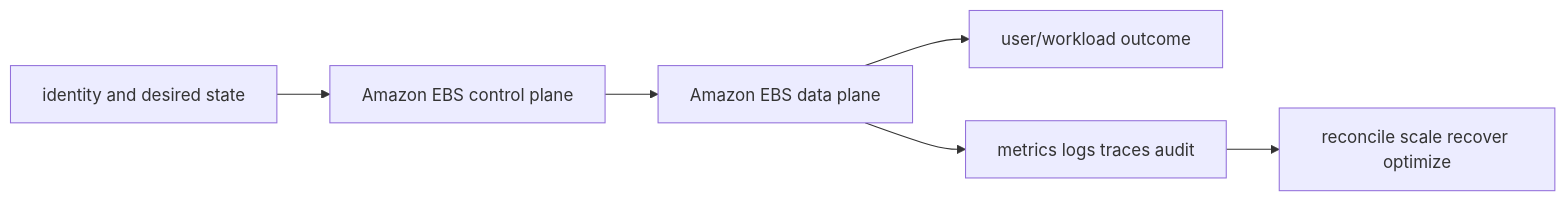
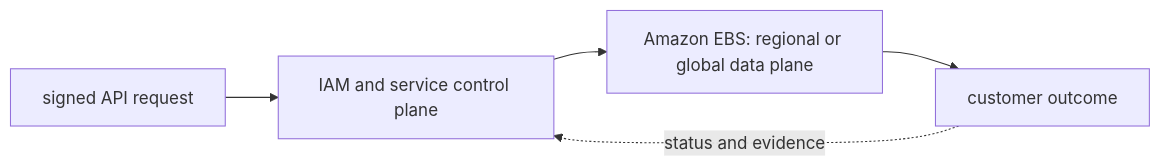
Before and after one commit to tomkidumbuyo/DevOps-interview-preparation: the diagram in 07-aws/05-storage/02-ebs/README.md, drawn with Mermaid. The commit also changed other lines of this file and 753 other files, not shown here.

````diff
--- a/07-aws/05-storage/02-ebs/README.md
+++ b/07-aws/05-storage/02-ebs/README.md
@@ -19,8 +31,7 @@
 ```mermaid
 flowchart LR
-  I[identity and desired state] --> C[Amazon EBS control plane]
-  C --> D[Amazon EBS data plane]
-  D --> U[user/workload outcome]
-  D --> O[metrics logs traces audit]
-  O --> R[reconcile scale recover optimize]
+  A["signed API request"] --> B["IAM and service control plane"]
+  B --> C["Amazon EBS: regional or global data plane"]
+  C --> D["customer outcome"]
+  D -. "status and evidence" .-> B
 ```
````
